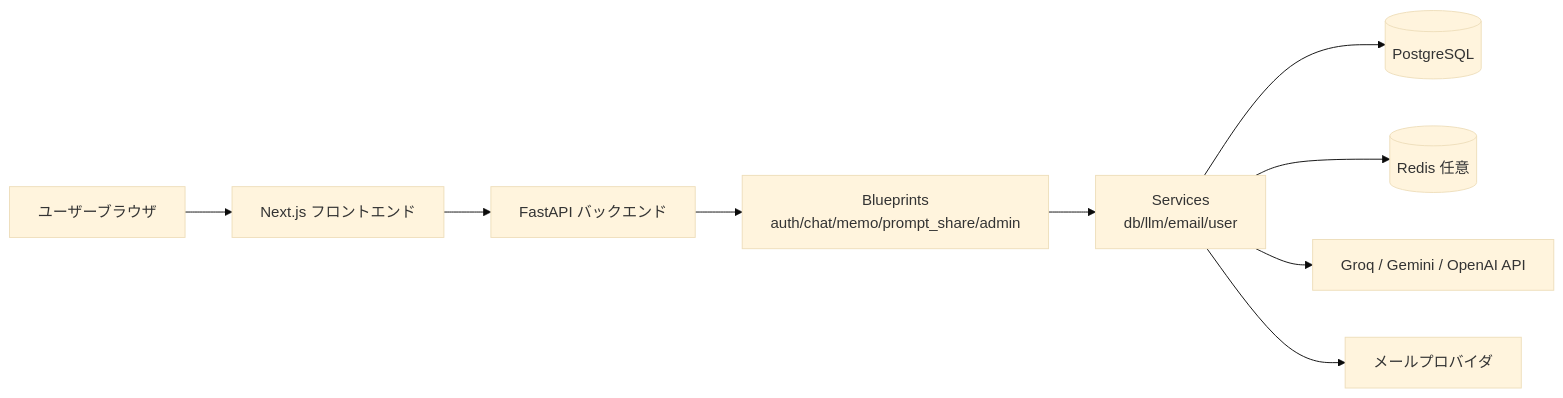
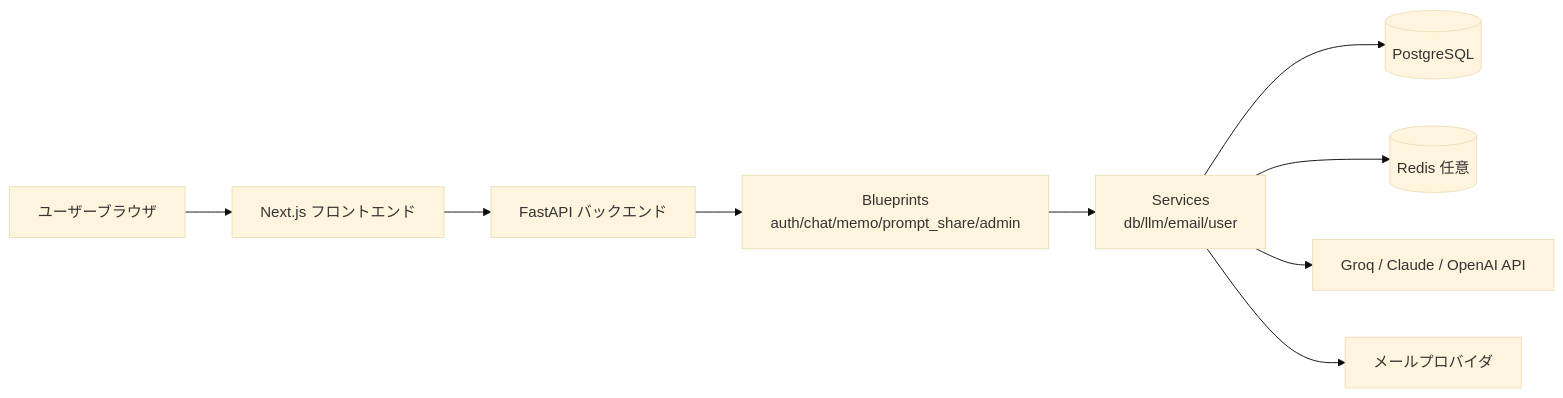
One commit to kota-kawa/ChatCore-AI changed the second of 2 diagrams in README.md. Above: the diagram before and after it, drawn with Mermaid (base theme). The commit also changed other lines of this file and 26 other files, not shown here.

````diff
--- a/README.md
+++ b/README.md
@@ -334,19 +334,19 @@
 ```mermaid
 flowchart LR
     U[ユーザーブラウザ]
     FE[Next.js フロントエンド]
     API[FastAPI バックエンド]
     BP[Blueprints<br/>auth/chat/memo/prompt_share/admin]
     SV[Services<br/>db/llm/email/user]
     DB[(PostgreSQL)]
     RD[(Redis 任意)]
-    LLM[Groq / Gemini / OpenAI API]
+    LLM[Groq / Claude / OpenAI API]
     EM[メールプロバイダ]
 
     U --> FE --> API
     API --> BP --> SV
     SV --> DB
     SV --> RD
     SV --> LLM
     SV --> EM
 ```
````
